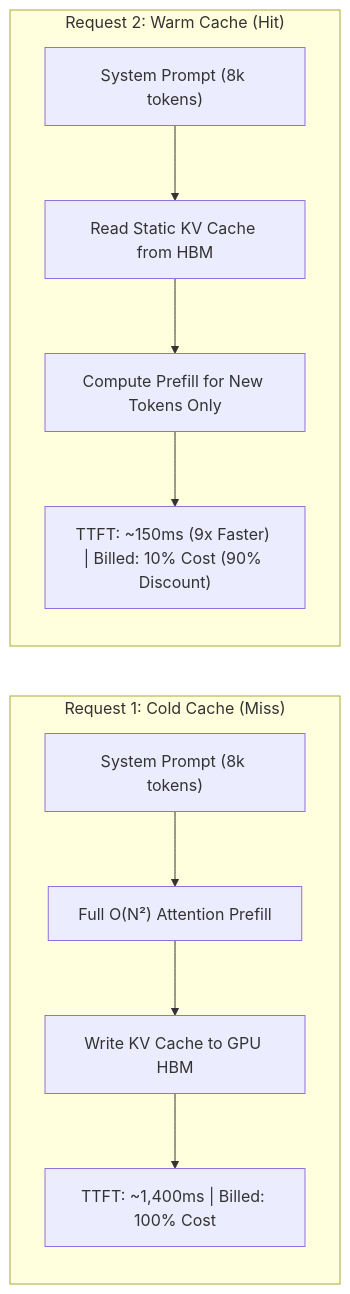
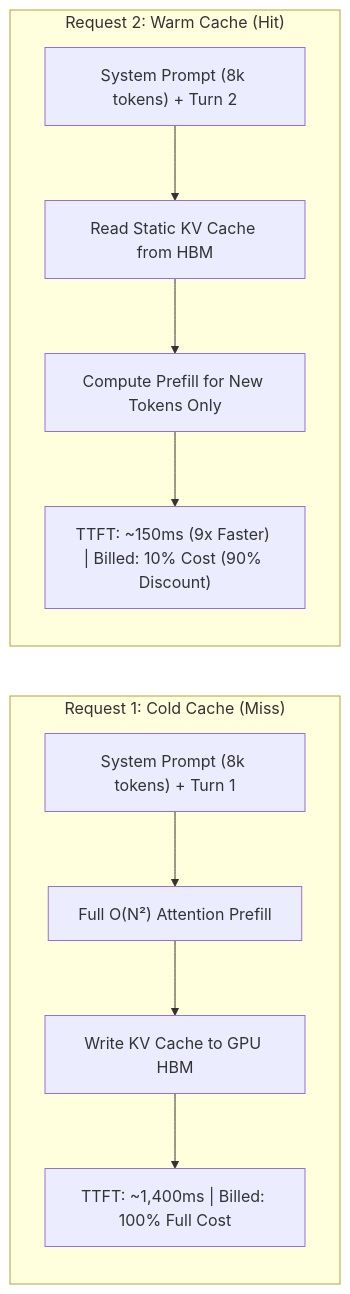
Before and after one commit to dip4k/senior-engineer-to-ai-engineer-roadmap: diagram 12 of 13 in 01-prompt-and-context-engineering/README.md, drawn with Mermaid. The commit also changed other lines of this file and 15 other files, not shown here.

Commit message:
Complete 2026 AI Engineer roadmap enhancements: Context Engineering master discipline, Agent Memory lab, reasoning models, EU AI Act governance guide, Top 15 beginner mistakes, and diagram sanity pass

````diff
--- a/01-prompt-and-context-engineering/README.md
+++ b/01-prompt-and-context-engineering/README.md
@@ -140,14 +694,14 @@
 ```mermaid
 flowchart LR
     subgraph ColdRequest["Request 1: Cold Cache (Miss)"]
-        R1["System Prompt (8k tokens)"] --> FullCalc["Full O(N²) Attention Prefill"]
+        R1["System Prompt (8k tokens) + Turn 1"] --> FullCalc["Full O(N²) Attention Prefill"]
         FullCalc --> WriteHBM["Write KV Cache to GPU HBM"]
-        WriteHBM --> Lat1["TTFT: ~1,400ms | Billed: 100% Cost"]
+        WriteHBM --> Lat1["TTFT: ~1,400ms | Billed: 100% Full Cost"]
     end
 
     subgraph WarmRequest["Request 2: Warm Cache (Hit)"]
-        R2["System Prompt (8k tokens)"] --> CacheHit["Read Static KV Cache from HBM"]
+        R2["System Prompt (8k tokens) + Turn 2"] --> CacheHit["Read Static KV Cache from HBM"]
         CacheHit --> PartialCalc["Compute Prefill for New Tokens Only"]
         PartialCalc --> Lat2["TTFT: ~150ms (9x Faster) | Billed: 10% Cost (90% Discount)"]
     end
 ```
````
